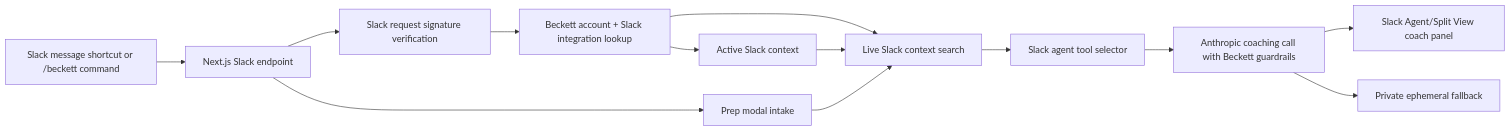
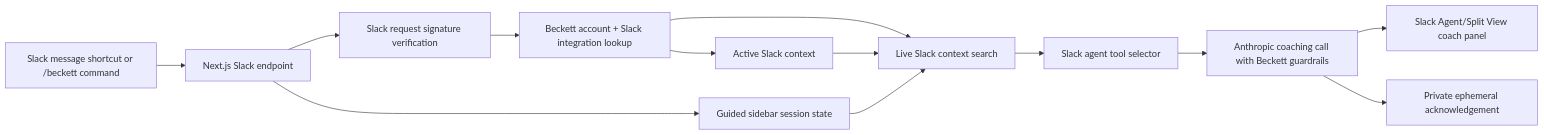
One commit to sloane-oxleybarnes/Beckett-Web changed the diagram in docs/slack-hackathon-submission.md. Above: the diagram before and after it, drawn with Mermaid. The commit also changed other lines of this file and 5 other files, not shown here.

Commit message:
Make Slack assistant flows sidebar only

````diff
--- a/docs/slack-hackathon-submission.md
+++ b/docs/slack-hackathon-submission.md
@@ -64,15 +64,15 @@
 ```mermaid
 flowchart LR
   A["Slack message shortcut or /beckett command"] --> B["Next.js Slack endpoint"]
   B --> C["Slack request signature verification"]
   C --> D["Beckett account + Slack integration lookup"]
   D --> H["Active Slack context"]
   D --> E["Live Slack context search"]
   H --> E
   E --> F["Slack agent tool selector"]
   F --> G["Anthropic coaching call with Beckett guardrails"]
   G --> I["Slack Agent/Split View coach panel"]
-  G --> K["Private ephemeral fallback"]
-  B --> J["Prep modal intake"]
+  B --> J["Guided sidebar session state"]
   J --> E
+  G --> K["Private ephemeral acknowledgement"]
 ```
````
